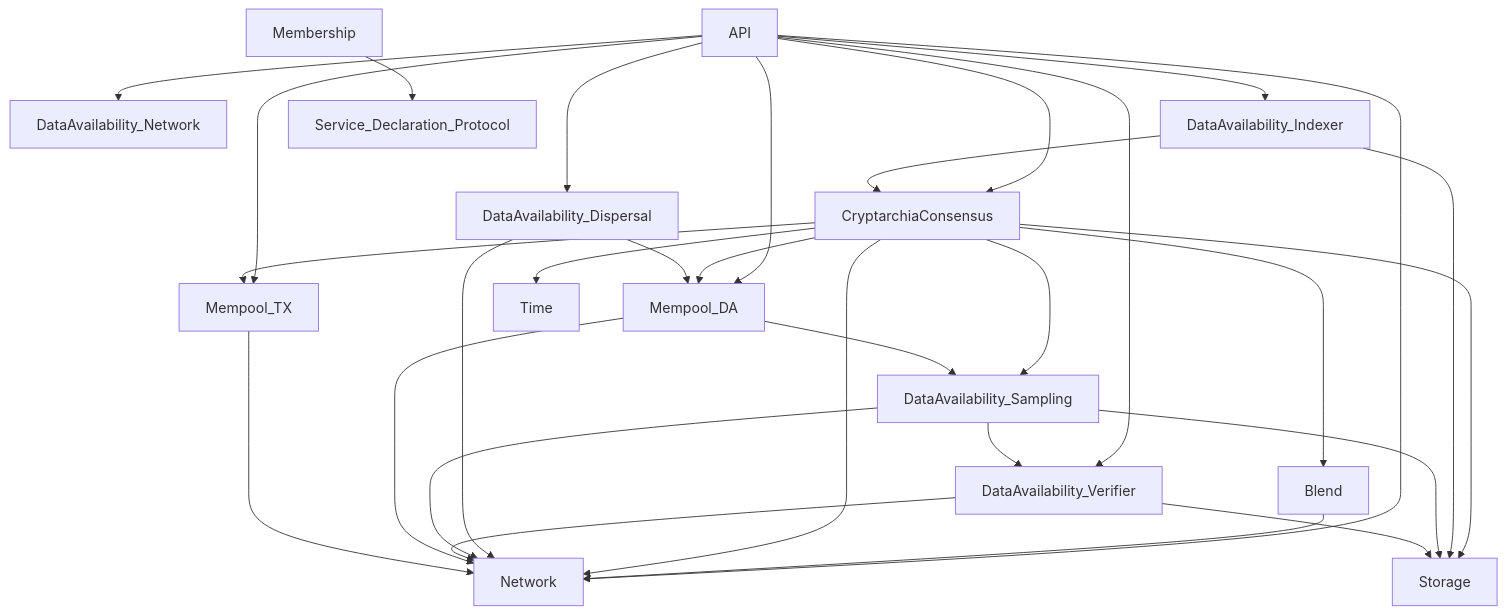
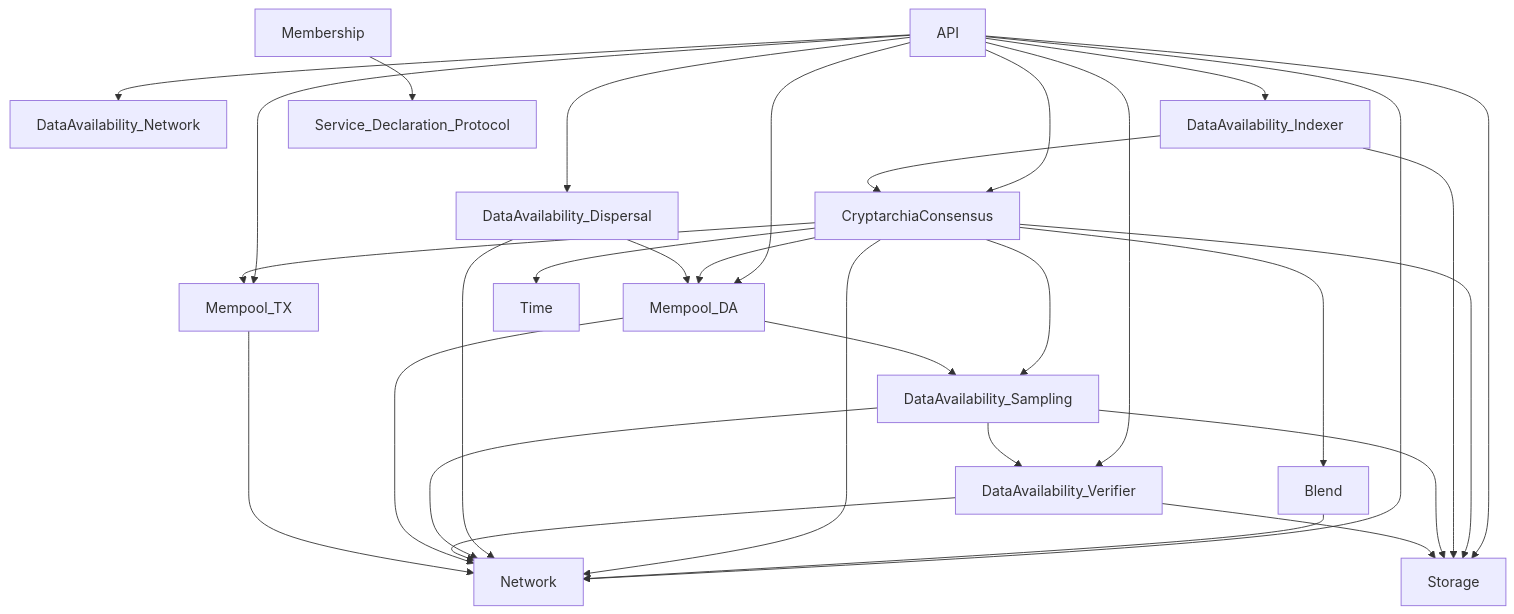
Before and after one commit to logos-co/nomos: the diagram in book/src/architecture/relay-dependencies.md, drawn with Mermaid. The commit also changed other lines of this file and 7 other files, not shown here.

````diff
--- a/book/src/architecture/relay-dependencies.md
+++ b/book/src/architecture/relay-dependencies.md
@@ -43,41 +43,42 @@
 ```mermaid
 graph TD
   API --> Network
   API --> CryptarchiaConsensus
   API --> DataAvailability_Dispersal
   API --> DataAvailability_Network
   API --> DataAvailability_Indexer
   API --> DataAvailability_Verifier
   API --> Mempool_DA
   API --> Mempool_TX
+  API --> Storage
 
   Blend --> Network
 
   CryptarchiaConsensus --> Network
   CryptarchiaConsensus --> Blend
   CryptarchiaConsensus --> Mempool_TX
   CryptarchiaConsensus --> Mempool_DA
   CryptarchiaConsensus --> DataAvailability_Sampling
   CryptarchiaConsensus --> Storage
   CryptarchiaConsensus --> Time
 
   DataAvailability_Dispersal --> Network
   DataAvailability_Dispersal --> Mempool_DA
 
   DataAvailability_Indexer --> CryptarchiaConsensus
   DataAvailability_Indexer --> Storage
 
   DataAvailability_Sampling --> Network
   DataAvailability_Sampling --> Storage
   DataAvailability_Sampling --> DataAvailability_Verifier
 
   DataAvailability_Verifier --> Network
   DataAvailability_Verifier --> Storage
 
   Membership --> Service_Declaration_Protocol
 
   Mempool_DA --> Network
   Mempool_DA --> DataAvailability_Sampling
 
   Mempool_TX --> Network
 ```
````
